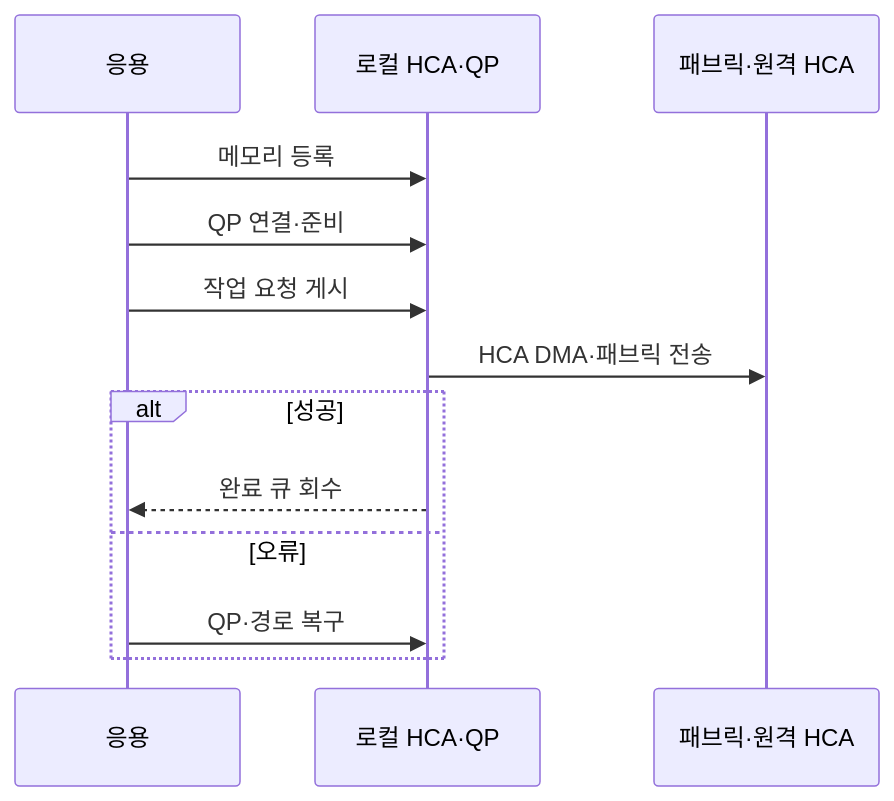
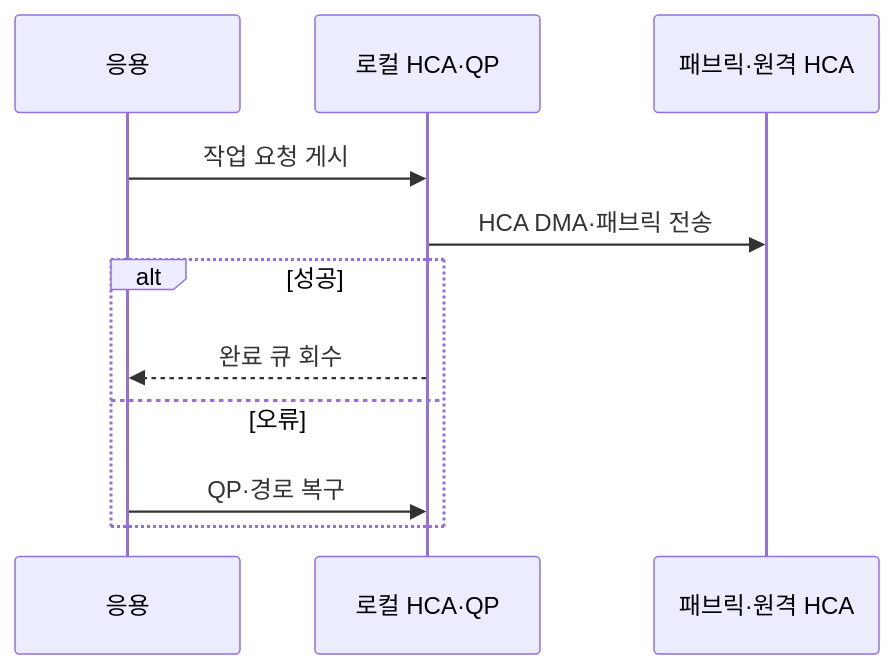
Before and after one commit to agnusdei1207/knowledge-base: the second of 2 diagrams in src/content/docs/notes/02-hardware/048_infiniband.md, drawn with Mermaid. The commit also changed other lines of this file and 17 other files, not shown here.

````diff
--- a/src/content/docs/notes/02-hardware/048_infiniband.md
+++ b/src/content/docs/notes/02-hardware/048_infiniband.md
@@ -87,15 +87,13 @@
 ```mermaid
 sequenceDiagram
     participant A as 응용
     participant H as 로컬 HCA·QP
     participant P as 패브릭·원격 HCA
-    A->>H: 메모리 등록
-    A->>H: QP 연결·준비
     A->>H: 작업 요청 게시
     H->>P: HCA DMA·패브릭 전송
     alt 성공
         H-->>A: 완료 큐 회수
     else 오류
         A->>H: QP·경로 복구
     end
 ```
````
